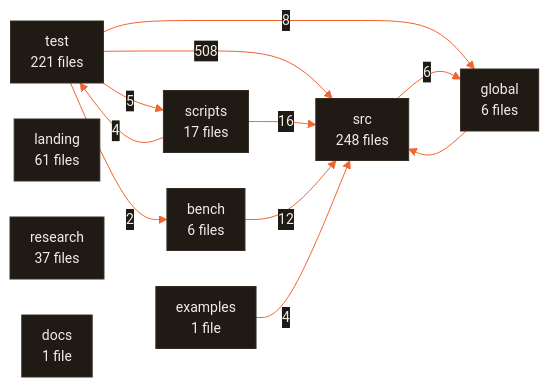
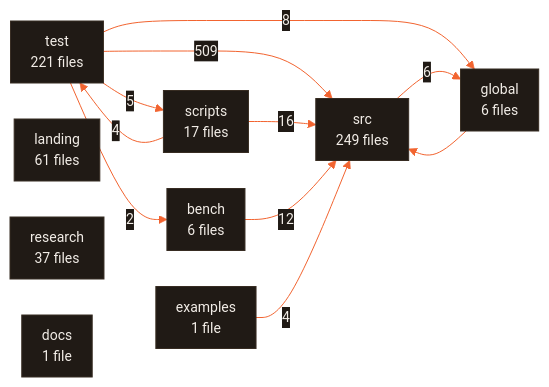
Before and after one commit to CodeWithJuber/forgekit: the diagram in ARCHITECTURE.md, drawn with Mermaid. The commit also changed 6 other files, not shown here.

````diff
--- a/ARCHITECTURE.md
+++ b/ARCHITECTURE.md
@@ -680,23 +680,23 @@
 ```mermaid
 %%{init: {'theme':'base','themeVariables':{'primaryColor':'#201a15','primaryTextColor':'#f2ede7','primaryBorderColor':'#372c22','lineColor':'#f26430','secondaryColor':'#272019','tertiaryColor':'#171310','edgeLabelBackground':'#201a15','clusterBkg':'#171310','clusterBorder':'#4a3b2e','fontFamily':'ui-sans-serif, system-ui, sans-serif','fontSize':'14px'},'flowchart':{'curve':'basis','padding':10,'nodeSpacing':36,'rankSpacing':44}}}%%
 flowchart LR
-  src["src<br/>248 files"]
+  src["src<br/>249 files"]
   test["test<br/>221 files"]
   landing["landing<br/>61 files"]
   research["research<br/>37 files"]
   scripts["scripts<br/>17 files"]
   bench["bench<br/>6 files"]
   global["global<br/>6 files"]
   docs["docs<br/>1 file"]
   examples["examples<br/>1 file"]
-  test -- 508 --> src
+  test -- 509 --> src
   scripts -- 16 --> src
   bench -- 12 --> src
   test -- 8 --> global
   src -- 6 --> global
   test -- 5 --> scripts
   examples -- 4 --> src
   scripts -- 4 --> test
   test -- 2 --> bench
   global --> src
 ```
````
